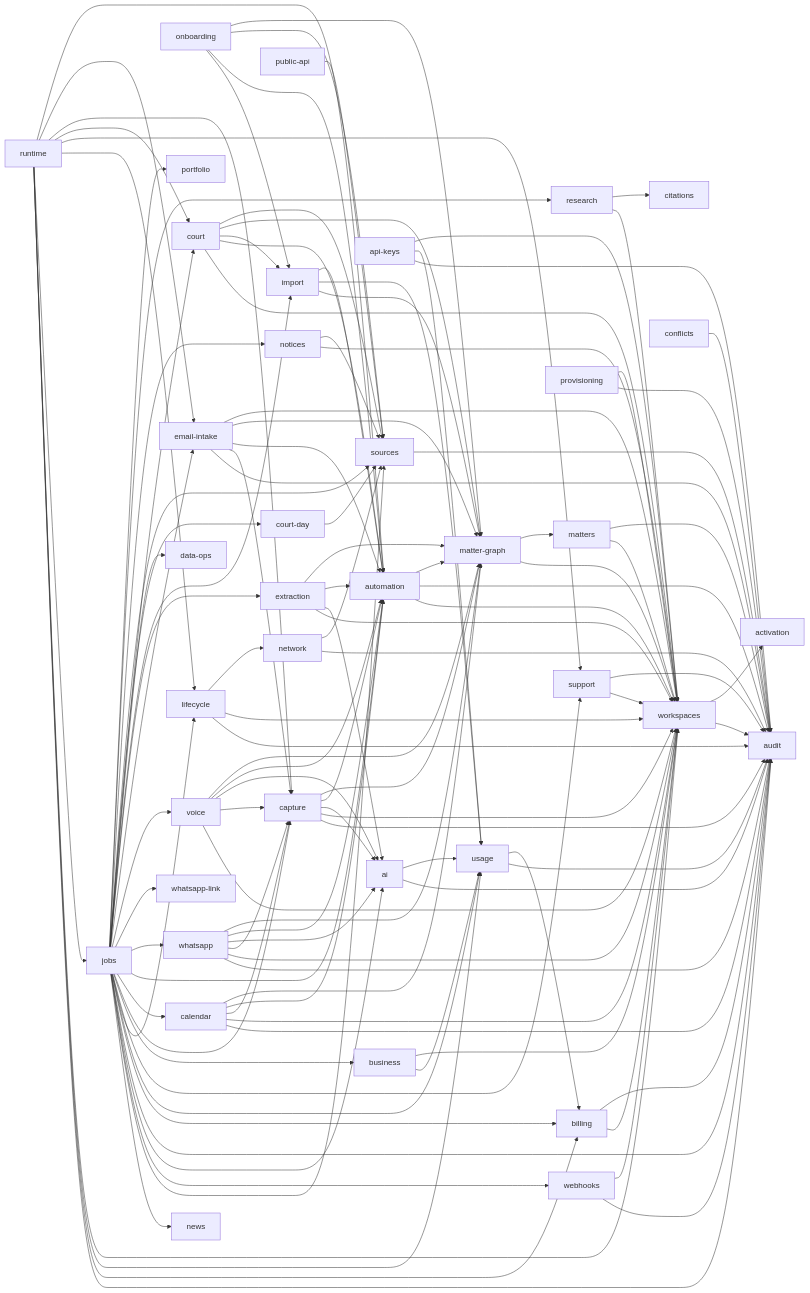
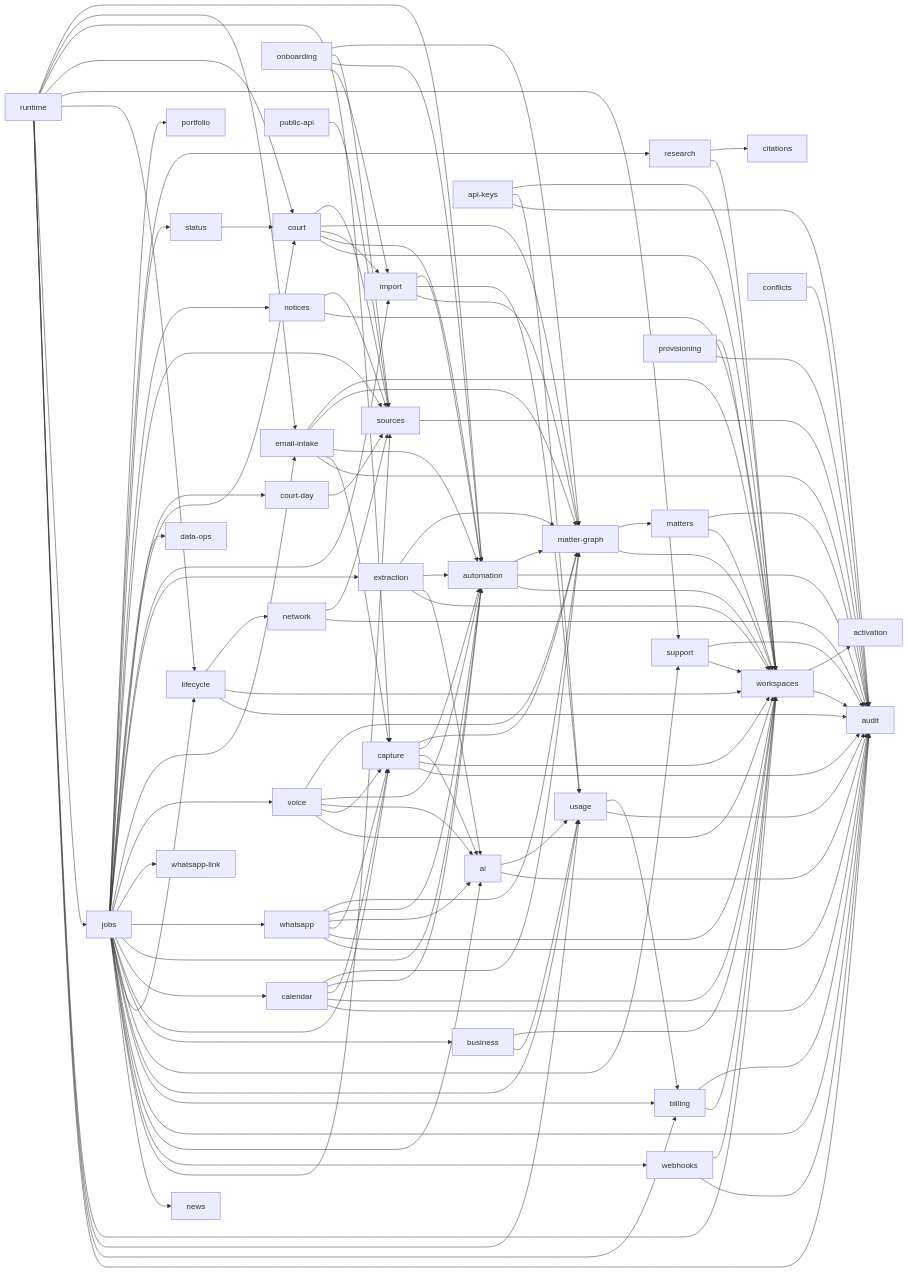
The diagram in docs/engineering/core-domains.md (RapierCraftStudios/causedeck), drawn with Mermaid before and after one commit. The commit also changed other lines of this file and 30 other files, not shown here.

```diff
--- a/docs/engineering/core-domains.md
+++ b/docs/engineering/core-domains.md
@@ -166,6 +167,8 @@
   jobs --> notices
   notices --> workspaces
   notices --> sources
+  status --> court
+  jobs --> status
   api-keys --> audit
   api-keys --> usage
   api-keys --> workspaces
```
